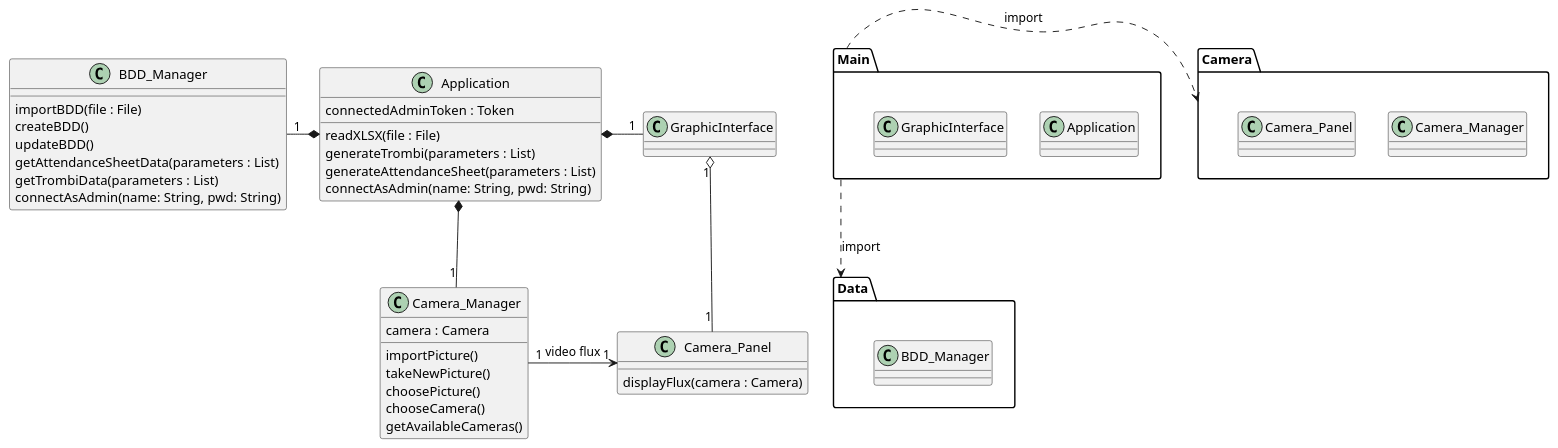
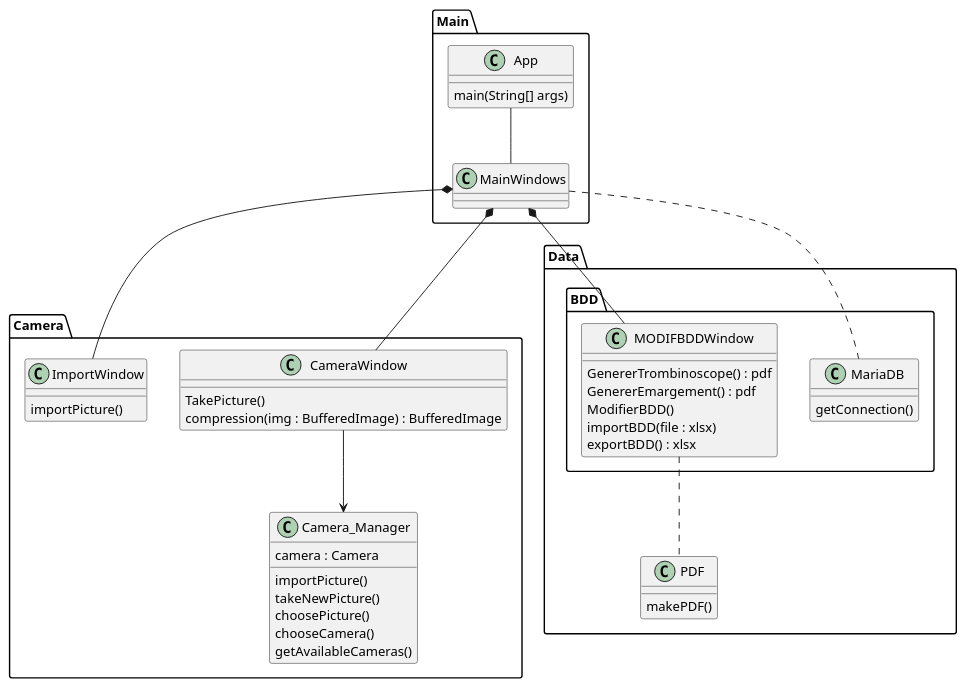
Before and after one commit to pandadorable/Trombinoscope: the diagram in Diagrammes/diagramme_class.wsd, drawn with PlantUML. The commit also changed 1 other file, not shown here.

Commit message:
UPDATE DIAGRAMM

```diff
--- a/Diagrammes/diagramme_class.wsd
+++ b/Diagrammes/diagramme_class.wsd
@@ -1,64 +1,57 @@
 @startuml classDiagram
 
 Package Camera {
-    class Camera_Manager
-    class Camera_Panel
+    class Camera_Manager {
+        camera : Camera
+        importPicture()
+        takeNewPicture()
+        choosePicture()
+        chooseCamera()
+        getAvailableCameras()
+    }
+    class CameraWindow {
+        TakePicture()
+        compression(img : BufferedImage) : BufferedImage
+    }
+    class ImportWindow
+    {
+        importPicture()
+    }
 }
 
 Package Main {
-    class Application
-    class GraphicInterface
+    class App {
+        main(String[] args)
+    }
+    class MainWindows
 }
 
 Package Data {
-    class BDD_Manager
+
+    Package BDD
+    {
+        class MariaDB {
+            getConnection()
+        }
+        class MODIFBDDWindow {
+            GenererTrombinoscope() : pdf
+            GenererEmargement() : pdf
+            ModifierBDD()
+            importBDD(file : xlsx)
+            exportBDD() : xlsx
+        }
+    }
+    class PDF {
+        makePDF()
+    }
 }
+App -- MainWindows
+MainWindows *-- CameraWindow
+MainWindows *-- ImportWindow
+CameraWindow --> Camera_Manager
 
-class Application {
-    connectedAdminToken : Token
-    readXLSX(file : File)
-    generateTrombi(parameters : List)
-    generateAttendanceSheet(parameters : List)
-    connectAsAdmin(name: String, pwd: String)
-}
-
-class GraphicInterface {
-
-}
-
-
-class BDD_Manager {
-    importBDD(file : File)
-    createBDD()
-    updateBDD()
-    getAttendanceSheetData(parameters : List)
-    getTrombiData(parameters : List)
-    connectAsAdmin(name: String, pwd: String)
-}
-
-class Camera_Manager {
-    camera : Camera
-    importPicture()
-    takeNewPicture() 
-    choosePicture()
-    chooseCamera()
-    getAvailableCameras()
-}
-
-class Camera_Panel {
-    displayFlux(camera : Camera)
-}
-
-Main ..> Data : import
-Main .> Camera : import
-
-
-Application *-right- "1" GraphicInterface 
-Application *-left- "1" BDD_Manager
-Application *-down- "1" Camera_Manager
-
-GraphicInterface "1" o-- "1" Camera_Panel
-
-Camera_Manager "1" -right> "1" Camera_Panel : video flux
+MainWindows *-- MODIFBDDWindow
+MainWindows .. MariaDB
+MODIFBDDWindow .. PDF
 
 @enduml
```
